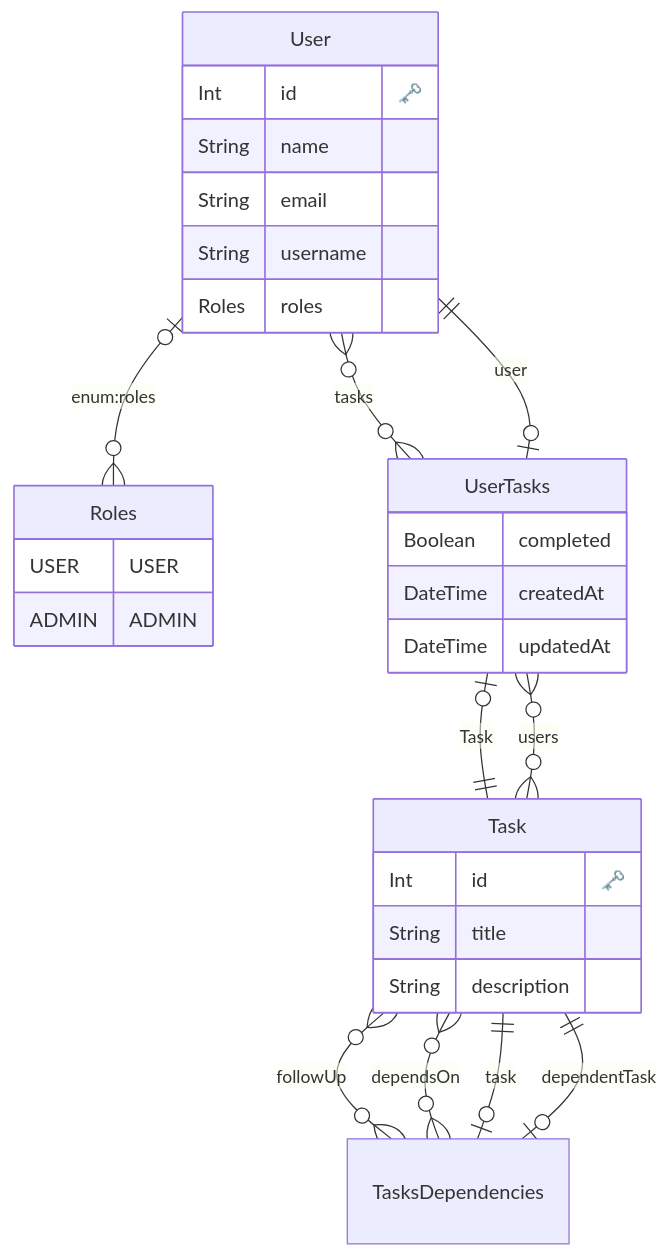
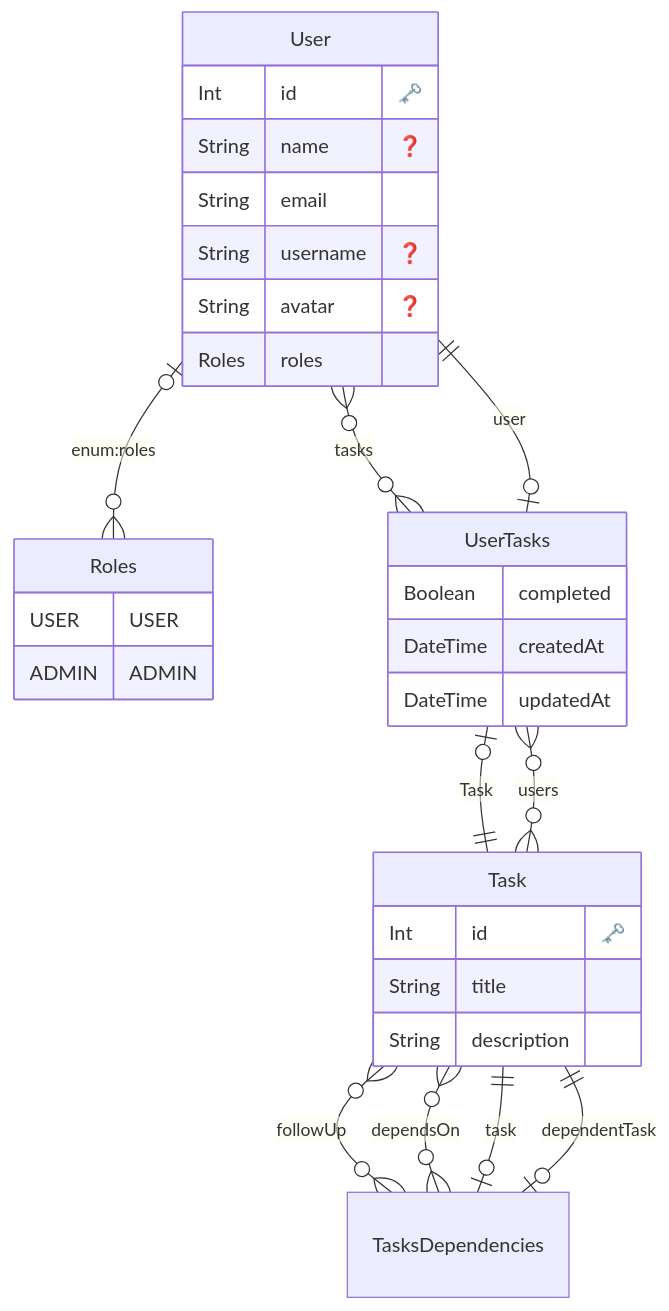
The diagram in prisma/erd.md (podcodar/app), drawn with Mermaid before and after one commit. The commit also changed 1 other file, not shown here.

Commit message:
oth: change prisma schema

````diff
--- a/prisma/erd.md
+++ b/prisma/erd.md
@@ -1,45 +1,46 @@
 ```mermaid
 erDiagram
 
         Roles {
             USER USER
 ADMIN ADMIN
         }
     
   "User" {
     Int id "🗝️"
-    String name 
+    String name "❓"
     String email 
-    String username 
+    String username "❓"
+    String avatar "❓"
     Roles roles 
     }
   
 
   "Task" {
     Int id "🗝️"
     String title 
     String description 
     }
   
 
   "UserTasks" {
     Boolean completed 
     DateTime createdAt 
     DateTime updatedAt 
     }
   
 
   "TasksDependencies" {
 
     }
   
     "User" o|--}o "Roles" : "enum:roles"
     "User" o{--}o "UserTasks" : "tasks"
     "Task" o{--}o "UserTasks" : "users"
     "Task" o{--}o "TasksDependencies" : "followUp"
     "Task" o{--}o "TasksDependencies" : "dependsOn"
     "UserTasks" o|--|| "User" : "user"
     "UserTasks" o|--|| "Task" : "Task"
     "TasksDependencies" o|--|| "Task" : "task"
     "TasksDependencies" o|--|| "Task" : "dependentTask"
 ```
````
